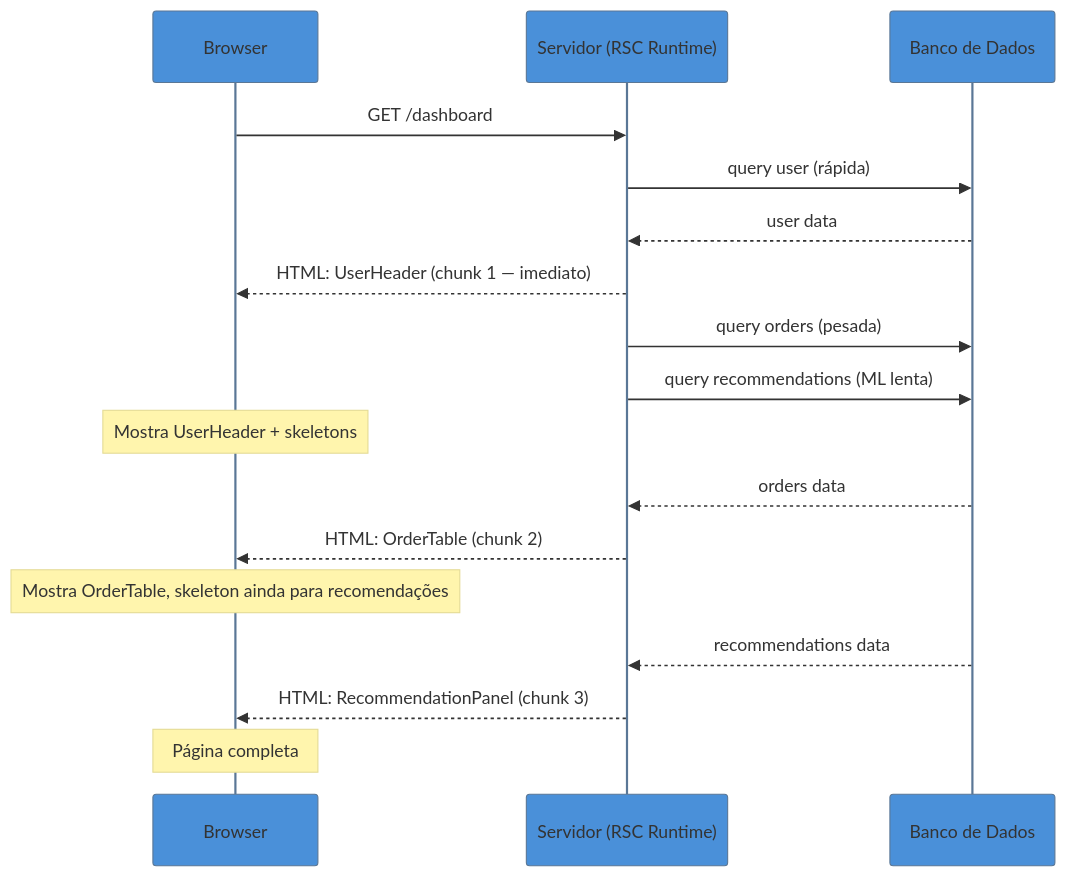
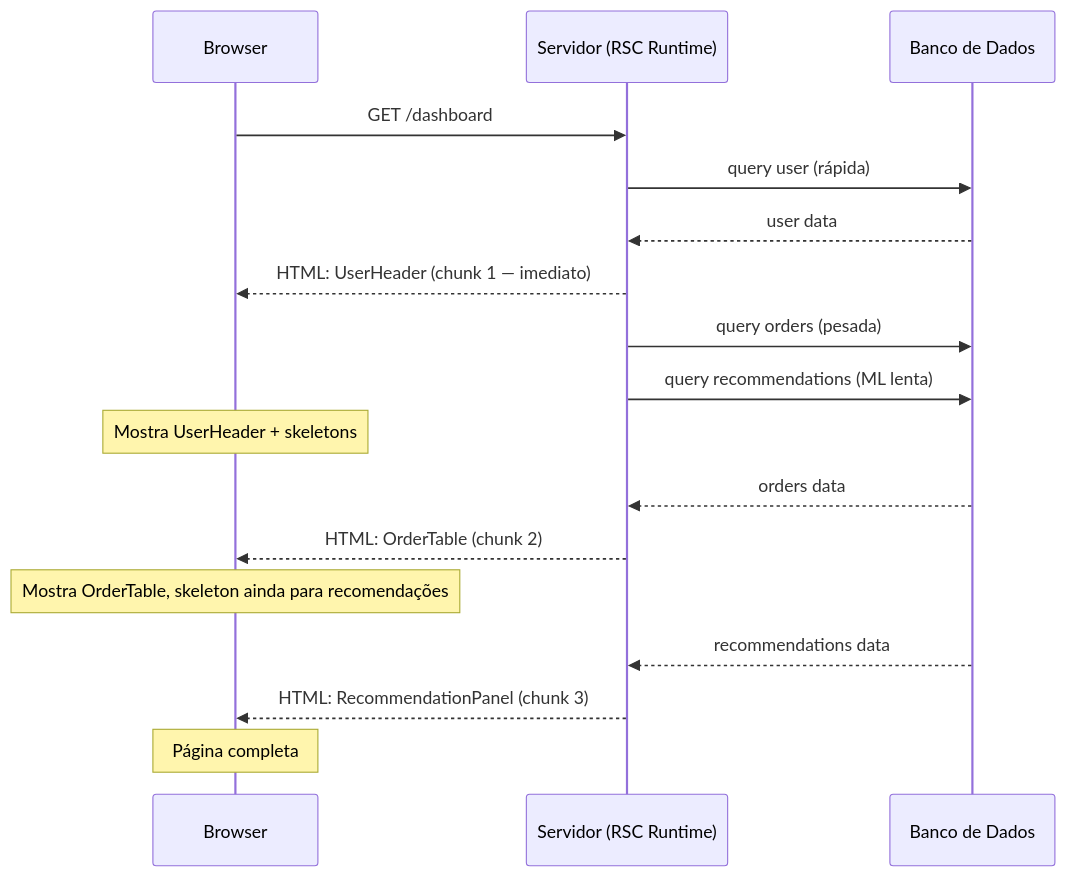
Before and after one commit to josenaldo/codex-technomanticus: the first of 3 diagrams in 03-Dominios/Tecnologia/React/React core/23 - Server Components (RSC).md, drawn with Mermaid. The commit also changed other lines of this file and 1181 other files, not shown here.

First line of the commit message:
fix(diagramas): paleta do sistema no lugar de cor cravada no markdown

````diff
--- a/03-Dominios/Tecnologia/React/React core/23 - Server Components (RSC).md
+++ b/03-Dominios/Tecnologia/React/React core/23 - Server Components (RSC).md
@@ -329,21 +329,20 @@
 ```mermaid
-%%{init: {"theme": "base", "themeVariables": {"primaryColor": "#4A90D9", "edgeLabelBackground": "#fff", "tertiaryColor": "#f5f5f5"}}}%%
 sequenceDiagram
     participant B as Browser
     participant S as Servidor (RSC Runtime)
     participant DB as Banco de Dados
 
     B->>S: GET /dashboard
     S->>DB: query user (rápida)
     DB-->>S: user data
     S-->>B: HTML: UserHeader (chunk 1 — imediato)
     S->>DB: query orders (pesada)
     S->>DB: query recommendations (ML lenta)
     note over B: Mostra UserHeader + skeletons
     DB-->>S: orders data
     S-->>B: HTML: OrderTable (chunk 2)
     note over B: Mostra OrderTable, skeleton ainda para recomendações
     DB-->>S: recommendations data
     S-->>B: HTML: RecommendationPanel (chunk 3)
     note over B: Página completa
 ```
````
